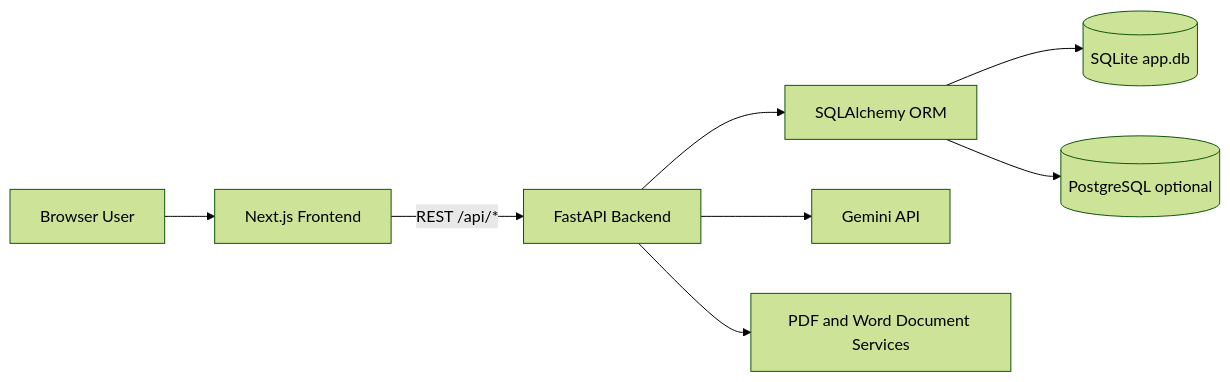
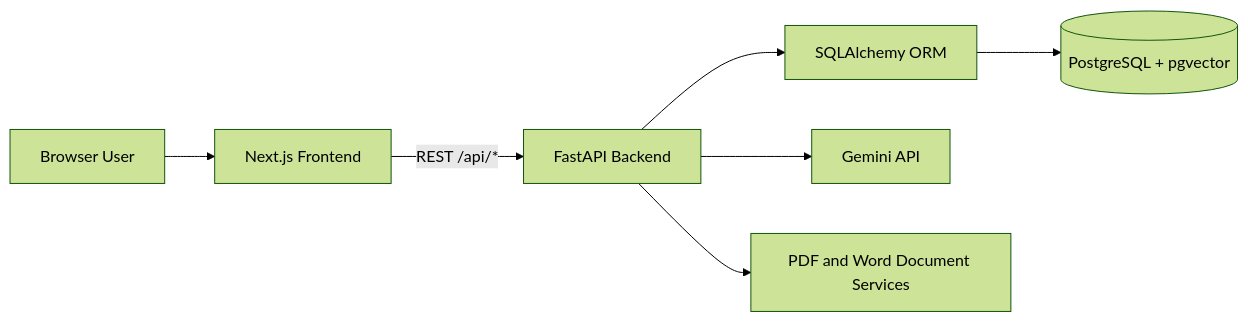
One commit to aliendevit/mini_erp_ai changed the first of 4 diagrams in docs/current-system-design.md. Above: the diagram before and after it, drawn with Mermaid (forest theme). The commit also changed other lines of this file and 51 other files, not shown here.

````diff
--- a/docs/current-system-design.md
+++ b/docs/current-system-design.md
@@ -27,10 +27,9 @@
 ```mermaid
 flowchart LR
     U[Browser User] --> F[Next.js Frontend]
     F -->|REST /api/*| B[FastAPI Backend]
     B --> S[SQLAlchemy ORM]
-    S --> DB[(SQLite app.db)]
-    S --> PG[(PostgreSQL optional)]
+    S --> DB[(PostgreSQL + pgvector)]
     B --> G[Gemini API]
     B --> D[PDF and Word Document Services]
 ```
````
